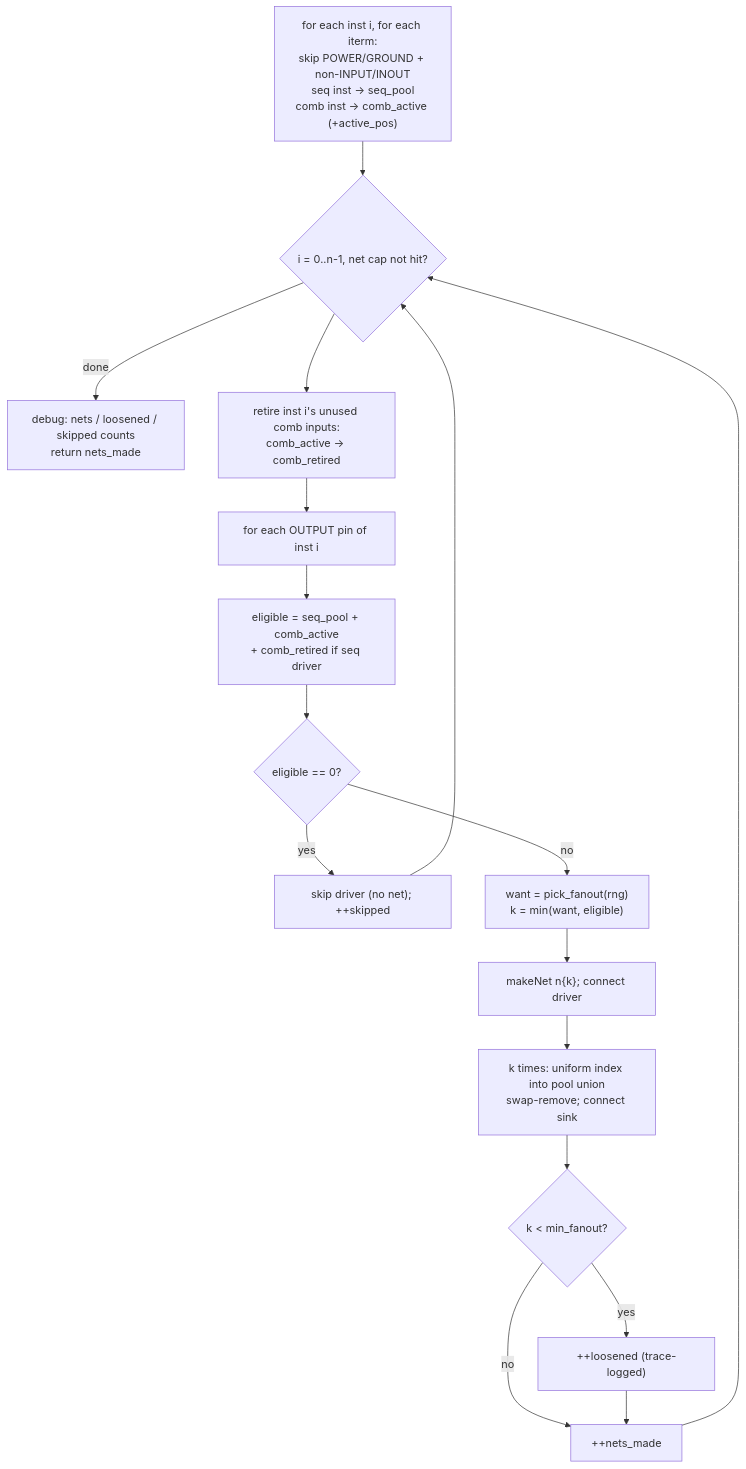
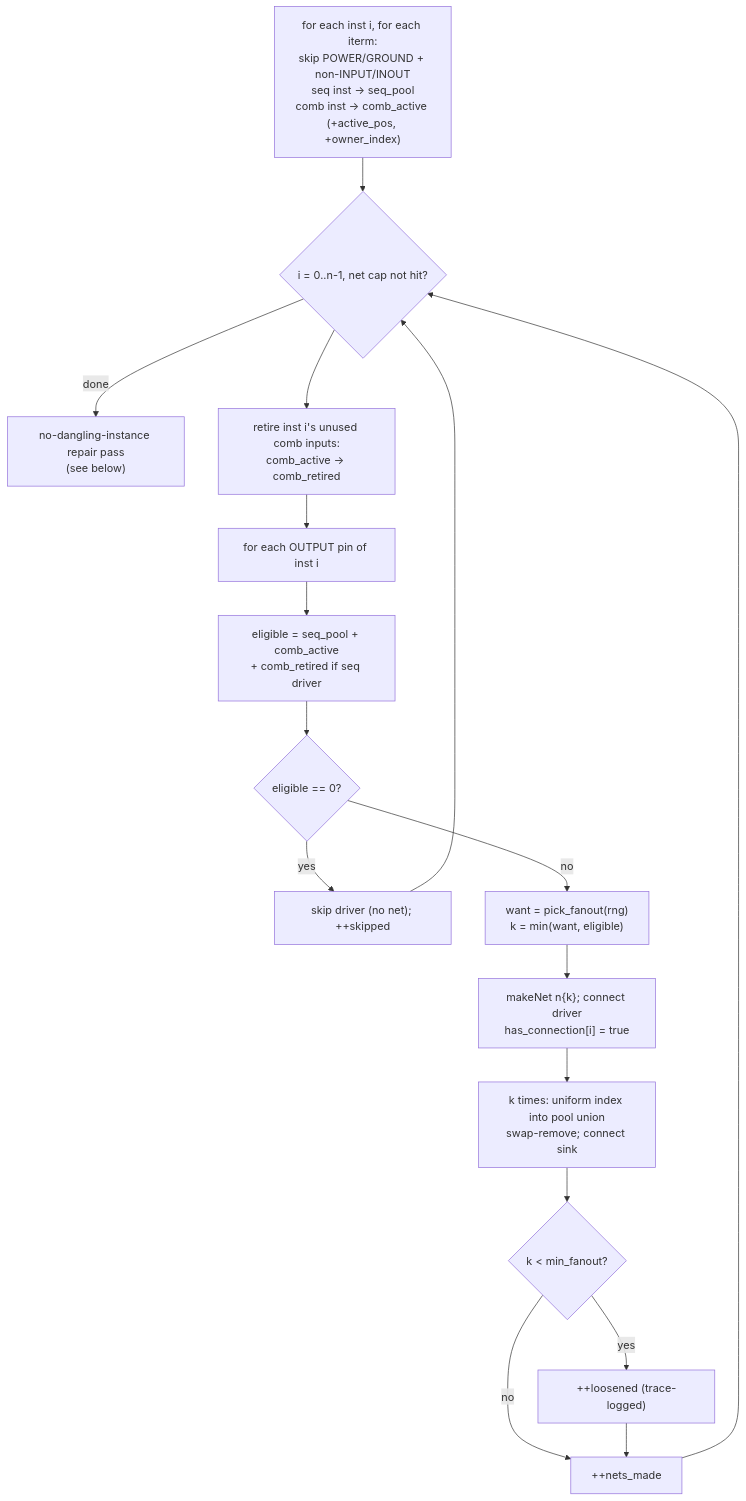
The seventh of 17 diagrams in src/engines/netlistgen/FLOW.md (rfive88/eda-lab), drawn with Mermaid before and after one commit. The commit also changed other lines of this file and 10 other files, not shown here.

````diff
--- a/src/engines/netlistgen/FLOW.md
+++ b/src/engines/netlistgen/FLOW.md
@@ -290,19 +291,19 @@
 ```mermaid
 graph TD
-  fill["for each inst i, for each iterm:<br/>skip POWER/GROUND + non-INPUT/INOUT<br/>seq inst -> seq_pool<br/>comb inst -> comb_active (+active_pos)"] --> loop{"i = 0..n-1, net cap not hit?"}
-  loop -->|done| summary["debug: nets / loosened / skipped counts<br/>return nets_made"]
+  fill["for each inst i, for each iterm:<br/>skip POWER/GROUND + non-INPUT/INOUT<br/>seq inst -> seq_pool<br/>comb inst -> comb_active (+active_pos, +owner_index)"] --> loop{"i = 0..n-1, net cap not hit?"}
+  loop -->|done| repairpass["no-dangling-instance repair pass<br/>(see below)"]
   loop --> retire["retire inst i's unused comb inputs:<br/>comb_active -> comb_retired"]
   retire --> outs["for each OUTPUT pin of inst i"]
   outs --> elig["eligible = seq_pool + comb_active<br/>+ comb_retired if seq driver"]
   elig --> zero{"eligible == 0?"}
   zero -->|yes| skipd["skip driver (no net); ++skipped"]
   zero -->|no| draw["want = pick_fanout(rng)<br/>k = min(want, eligible)"]
-  draw --> mk["makeNet n{k}; connect driver"]
+  draw --> mk["makeNet n{k}; connect driver<br/>has_connection[i] = true"]
   mk --> sample["k times: uniform index into pool union<br/>swap-remove; connect sink"]
   sample --> loose{"k < min_fanout?"}
   loose -->|yes| cnt["++loosened (trace-logged)"]
   loose -->|no| next["++nets_made"]
   cnt --> next
   skipd --> loop
   next --> loop
 ```
````
